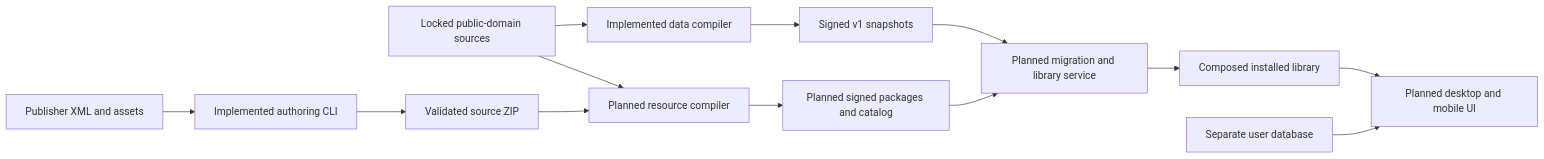
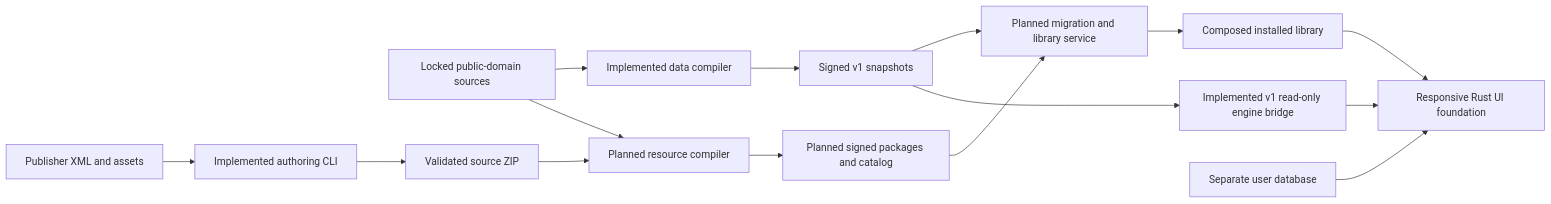
The diagram in SPEC.md (DavidHoenisch/fontes-v2), drawn with Mermaid before and after one commit. The commit also changed other lines of this file and 35 other files, not shown here.

Commit message:
Build engine-first Rust application and cross-platform testing releases

````diff
--- a/SPEC.md
+++ b/SPEC.md
@@ -31,15 +31,17 @@
 ```mermaid
 flowchart LR
     A[Locked public-domain sources] --> B[Implemented data compiler]
     B --> C[Signed v1 snapshots]
     D[Publisher XML and assets] --> E[Implemented authoring CLI]
     E --> F[Validated source ZIP]
     F --> G[Planned resource compiler]
     A --> G
     G --> H[Planned signed packages and catalog]
     C --> I[Planned migration and library service]
     H --> I
     I --> J[Composed installed library]
-    J --> K[Planned desktop and mobile UI]
+    J --> K[Responsive Rust UI foundation]
+    C --> M[Implemented v1 read-only engine bridge]
+    M --> K
     L[Separate user database] --> K
 ```
````
